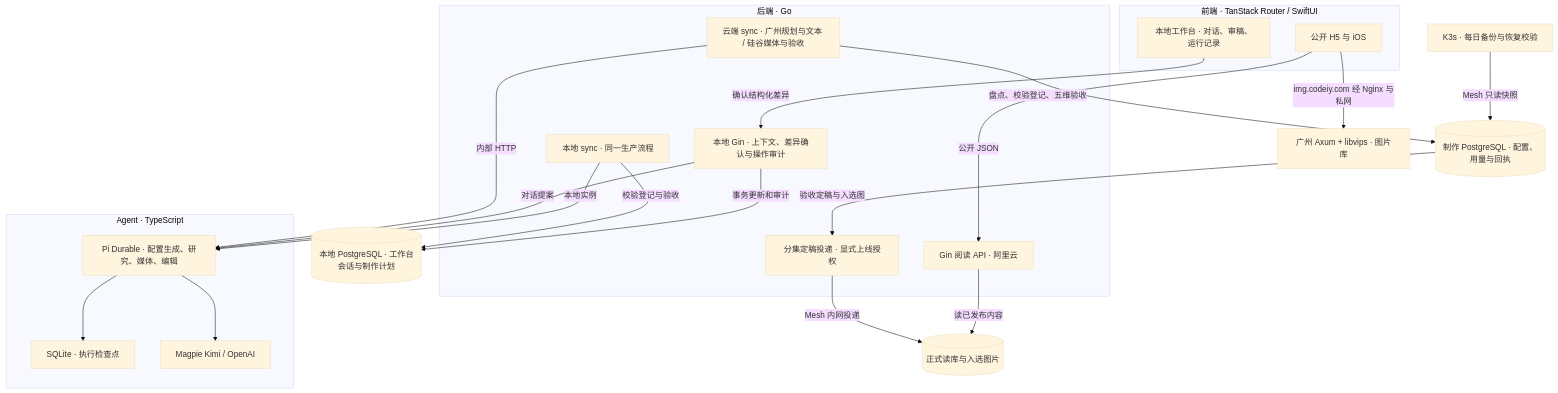
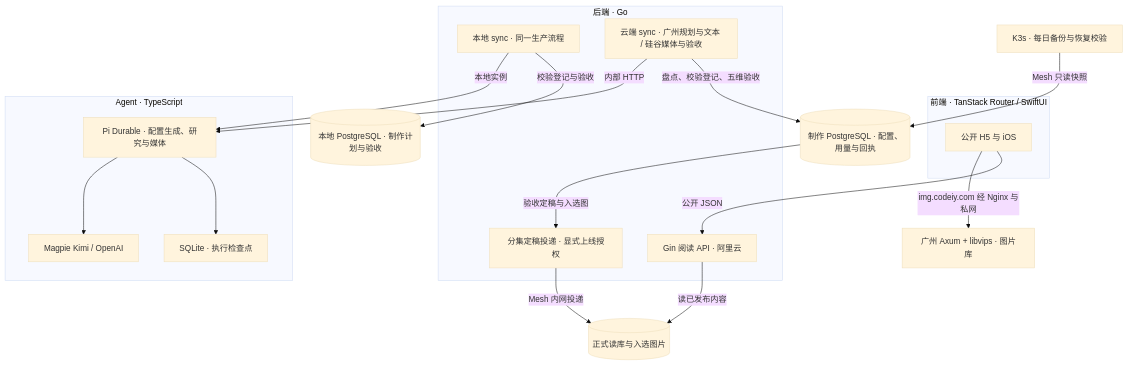
One commit to bluedao10000/player changed the diagram in docs/architecture.mmd. Above: the diagram before and after it, drawn with Mermaid (base theme). The commit also changed 197 other files, not shown here.

```diff
--- a/docs/architecture.mmd
+++ b/docs/architecture.mmd
@@ -1,52 +1,45 @@
 flowchart TB
   subgraph front["前端 · TanStack Router / SwiftUI"]
     readers["公开 H5 与 iOS"]
-    bench["本地工作台 · 对话、审稿、运行记录"]
   end
   subgraph backend["后端 · Go"]
     api["Gin 阅读 API · 阿里云"]
-    admin["本地 Gin · 上下文、差异确认与操作审计"]
     localsync["本地 sync · 同一生产流程"]
     sync["云端 sync · 广州规划与文本 / 硅谷媒体与验收"]
     publish["分集定稿投递 · 显式上线授权"]
   end
   subgraph agents["Agent · TypeScript"]
-    pi["Pi Durable · 配置生成、研究、媒体、编辑"]
+    pi["Pi Durable · 配置生成、研究与媒体"]
     state["SQLite · 执行检查点"]
     models["Magpie Kimi / OpenAI"]
   end
   pg[("制作 PostgreSQL · 配置、用量与回执")]
-  local[("本地 PostgreSQL · 工作台会话与制作计划")]
+  local[("本地 PostgreSQL · 制作计划与验收")]
   online[("正式读库与入选图片")]
   media["广州 Axum + libvips · 图片库"]
   backup["K3s · 每日备份与恢复校验"]
   readers -->|公开 JSON| api
   api -->|读已发布内容| online
-  bench -->|确认结构化差异| admin
-  admin -->|事务更新和审计| local
   localsync -->|校验登记与验收| local
   localsync -->|本地实例| pi
-  admin -->|对话提案| pi
   sync -->|盘点、校验登记、五维验收| pg
   sync -->|内部 HTTP| pi
   pi --> state
   pi --> models
   pg -->|验收定稿与入选图| publish
   publish -->|Mesh 内网投递| online
   readers -->|img.codeiy.com 经 Nginx 与私网| media
   backup -->|Mesh 只读快照| pg
 %% readers | H5 与 iOS 共享公开阅读契约和段落锚点。 | apps/ios/server/reader.server.ts
-%% bench | 本地对话可跟踪分集状态及确认修改，并保留原有人工审稿。 | apps/web/src/routes/workbench.tsx
 %% api | 在线 Gin 提供正式站公开读模型和读者业务。 | apps/api/internal/handler/knowledge/world_api.go
-%% admin | Gin 从业务数据生成差异，确认后做版本校验、写事务及审计。 | apps/api/internal/handler/knowledge/chat.go
 %% localsync | 本地 Compose 的 sync、数据库和 Pi 实例互相配合。 | deploy/docker-compose.yml
 %% sync | 广州校验缺口并自动登记配置，硅谷执行媒体处理与五维验收。本地 Compose 运行同样的业务代码。 | apps/sync/internal/service/scheduler/production.go
 %% publish | 仅投递有明确上线授权的定稿，接收端按指纹幂等。 | apps/sync/cmd/reader-release/main.go
-%% pi | Pi 根据已登记来源模板生成分集配置，执行取证、写作、出图、验图和编辑。 | apps/agent/src/server.ts
+%% pi | Pi 根据已登记来源模板生成分集配置，执行取证、写作、出图与验图。 | apps/agent/src/server.ts
 %% state | Pi 保存恢复执行所需的检查点。 | deploy/docker-compose.yml
 %% models | 文本走 Magpie Kimi，硅谷使用 OpenAI 图像和视觉模型。 | docs/模型用量与计费.md
 %% pg | 广州制作库保存业务事实、配置快照、预算、五维验收和发布回执。 | database/migrations/init.sql
-%% local | 本地工作台会话、结构化提案与计划不向公网开放。 | apps/web/src/features/workbench/local.ts
+%% local | 本地数据库保存配置、制作记录和验收状态。 | database/migrations/init.sql
 %% online | 阿里云在一个事务中安装单集投影并记录回执。 | apps/api/internal/repository/queries/release/queries.queries
 %% media | 广州负责原件分发、签名与转换。 | apps/image/README.md
 %% backup | 从同一源快照导出、恢复并逐表核对。 | deploy/pg-backup/backup.sh
```
